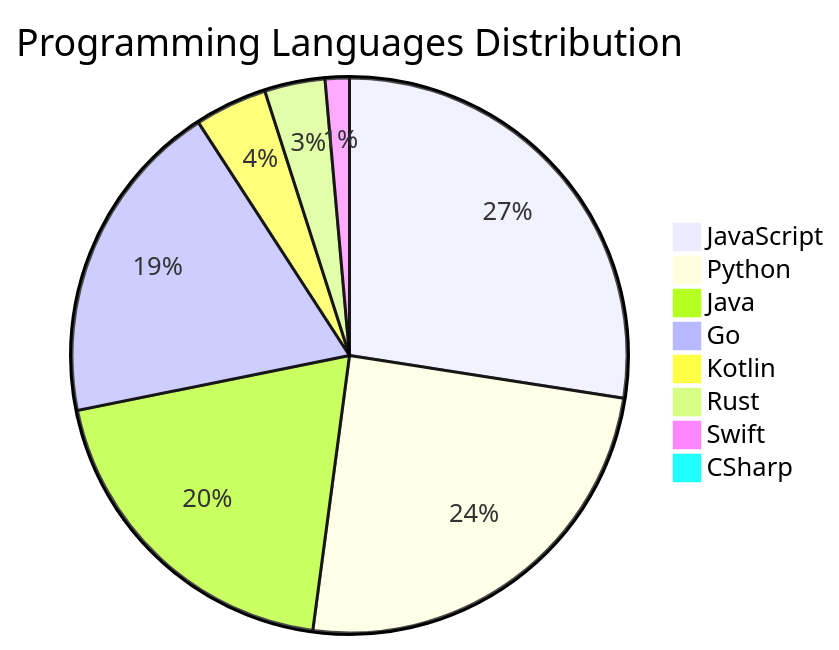
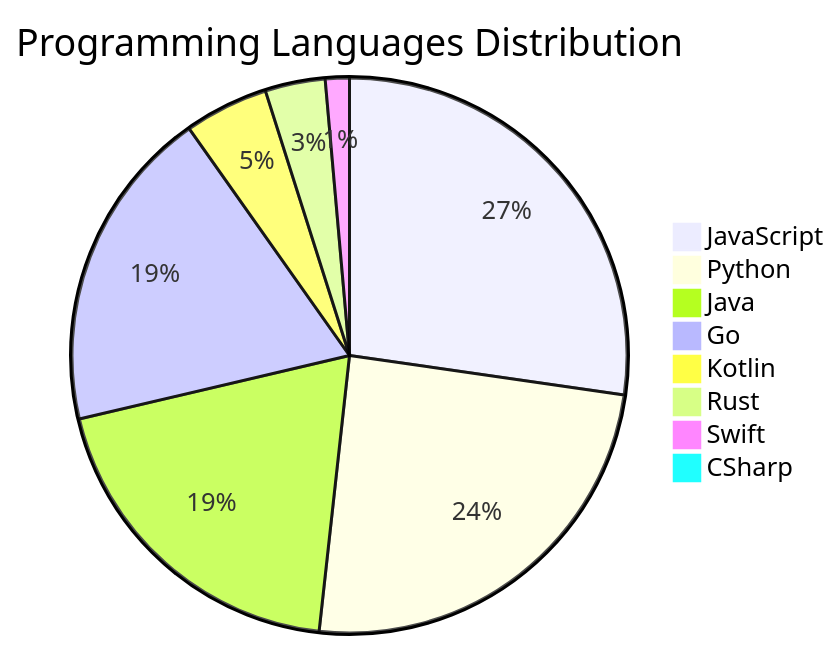
Before and after one commit to Derrick-MUGISHA/github-activity-bot: the diagram in README.md, drawn with Mermaid. The commit also changed other lines of this file and 4 other files, not shown here.

````diff
--- a/README.md
+++ b/README.md
@@ -208,11 +208,11 @@
 ```mermaid
 pie title Programming Languages Distribution
     "JavaScript" : 39
     "Python" : 35
     "Java" : 28
     "Go" : 27
-    "Kotlin" : 6
+    "Kotlin" : 7
     "Rust" : 5
     "Swift" : 2
     "CSharp" : 1
 ```
````
